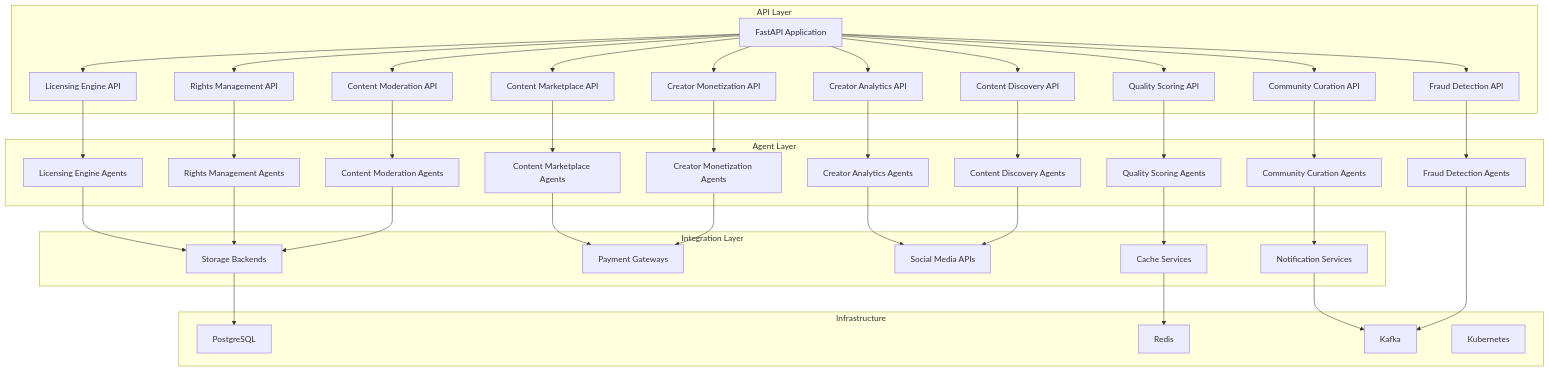
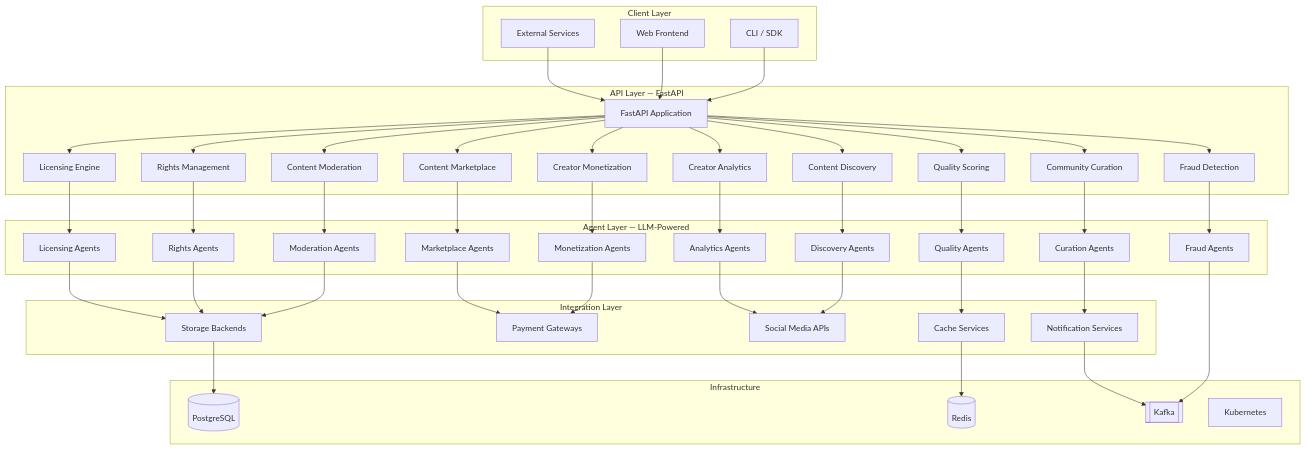
Before and after one commit to AAH20/GRC_Claw: the first of 3 diagrams in projects/ugc-marketplace/README.md, drawn with Mermaid. The commit also changed other lines of this file and 677 other files, not shown here.

````diff
--- a/projects/ugc-marketplace/README.md
+++ b/projects/ugc-marketplace/README.md
@@ -7,70 +70,80 @@
 ```mermaid
 graph TB
-    subgraph "API Layer"
-        A[FastAPI Application]
-        A --> A1[Content Moderation API]
-        A --> A2[Creator Monetization API]
-        A --> A3[Content Discovery API]
-        A --> A4[Rights Management API]
-        A --> A5[Quality Scoring API]
-        A --> A6[Fraud Detection API]
-        A --> A7[Creator Analytics API]
-        A --> A8[Licensing Engine API]
-        A --> A9[Community Curation API]
-        A --> A10[Content Marketplace API]
+    subgraph "Client Layer"
+        CLI[CLI / SDK]
+        WEB[Web Frontend]
+        EXT[External Services]
     end
 
-    subgraph "Agent Layer"
-        B1[Content Moderation Agents]
-        B2[Creator Monetization Agents]
-        B3[Content Discovery Agents]
-        B4[Rights Management Agents]
-        B5[Quality Scoring Agents]
-        B6[Fraud Detection Agents]
-        B7[Creator Analytics Agents]
-        B8[Licensing Engine Agents]
-        B9[Community Curation Agents]
-        B10[Content Marketplace Agents]
+    subgraph "API Layer — FastAPI"
+        A[FastAPI Application]
+        A --> A1[Content Moderation]
+        A --> A2[Creator Monetization]
+        A --> A3[Content Discovery]
+        A --> A4[Rights Management]
+        A --> A5[Quality Scoring]
+        A --> A6[Fraud Detection]
+        A --> A7[Creator Analytics]
+        A --> A8[Licensing Engine]
+        A --> A9[Community Curation]
+        A --> A10[Content Marketplace]
+    end
+
+    subgraph "Agent Layer — LLM-Powered"
+        B1[Moderation Agents]
+        B2[Monetization Agents]
+        B3[Discovery Agents]
+        B4[Rights Agents]
+        B5[Quality Agents]
+        B6[Fraud Agents]
+        B7[Analytics Agents]
+        B8[Licensing Agents]
+        B9[Curation Agents]
+        B10[Marketplace Agents]
     end
 
     subgraph "Integration Layer"
         C1[Storage Backends]
         C2[Payment Gateways]
         C3[Social Media APIs]
         C4[Notification Services]
         C5[Cache Services]
     end
 
     subgraph "Infrastructure"
-        D1[PostgreSQL]
-        D2[Redis]
-        D3[Kafka]
+        D1[(PostgreSQL)]
+        D2[(Redis)]
+        D3[[Kafka]]
         D4[Kubernetes]
     end
+
+    CLI --> A
+    WEB --> A
+    EXT --> A
 
     A1 --> B1
     A2 --> B2
     A3 --> B3
     A4 --> B4
     A5 --> B5
     A6 --> B6
     A7 --> B7
     A8 --> B8
     A9 --> B9
     A10 --> B10
 
     B1 --> C1
     B2 --> C2
     B3 --> C3
     B4 --> C1
     B5 --> C5
     B6 --> D3
     B7 --> C3
     B8 --> C1
     B9 --> C4
     B10 --> C2
 
     C1 --> D1
     C5 --> D2
     C4 --> D3
 ```
````
